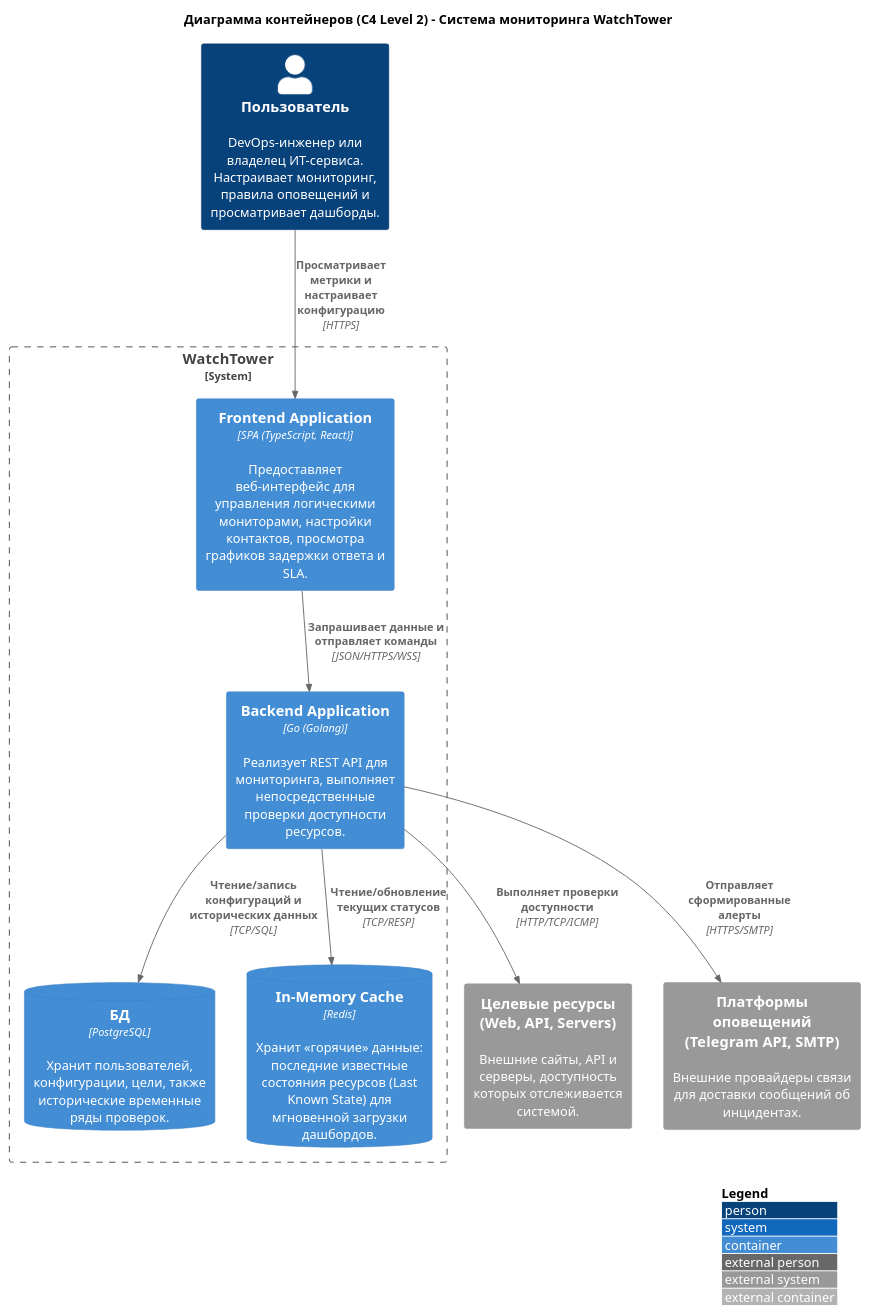
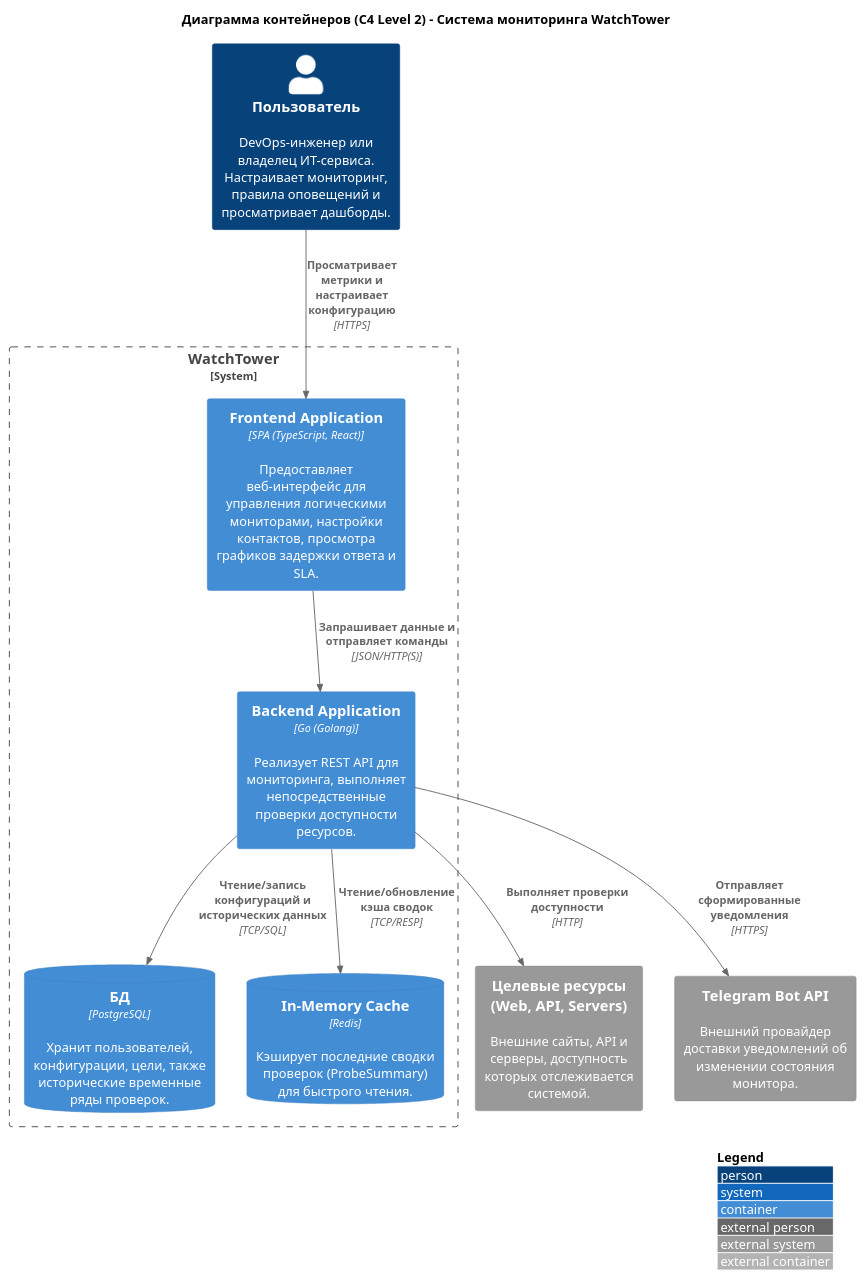
The diagram in docs/puml/c4/l2.puml (mkholkin/WatchTower), drawn with PlantUML before and after one commit. The commit also changed 4 other files, not shown here.

Commit message:
docs: align WebLab 1 diagrams with implementation

```diff
--- a/docs/puml/c4/l2.puml
+++ b/docs/puml/c4/l2.puml
@@ -1,45 +1,45 @@
 @startuml
 !include https://raw.githubusercontent.com/plantuml-stdlib/C4-PlantUML/master/C4_Container.puml
 LAYOUT_WITH_LEGEND()
 
 title Диаграмма контейнеров (C4 Level 2) - Система мониторинга WatchTower
 
 ' === Акторы ===
 Person(user, "Пользователь", "DevOps-инженер или владелец ИТ-сервиса. Настраивает мониторинг, правила оповещений и просматривает дашборды.")
 
 ' === Границы нашей системы (WatchTower) ===
 System_Boundary(watchtower, "WatchTower") {
 
     Container(spa, "Frontend Application", "SPA (TypeScript, React)", "Предоставляет веб-интерфейс для управления логическими мониторами, настройки контактов, просмотра графиков задержки ответа и SLA.")
 
     Container(backend, "Backend Application", "Go (Golang)", "Реализует REST API для мониторинга, выполняет непосредственные проверки доступности ресурсов.")
 
     ContainerDb(db, "БД", "PostgreSQL", "Хранит пользователей, конфигурации, цели, также исторические временные ряды проверок.")
 
-    ContainerDb(redis, "In-Memory Cache", "Redis", "Хранит «горячие» данные: последние известные состояния ресурсов (Last Known State) для мгновенной загрузки дашбордов.")
+    ContainerDb(redis, "In-Memory Cache", "Redis", "Кэширует последние сводки проверок (ProbeSummary) для быстрого чтения.")
 }
 
 System_Ext(target_systems, "Целевые ресурсы\n(Web, API, Servers)", "Внешние сайты, API и серверы, доступность которых отслеживается системой.")
-System_Ext(notification_apis, "Платформы оповещений\n(Telegram API, SMTP)", "Внешние провайдеры связи для доставки сообщений об инцидентах.")
+System_Ext(notification_apis, "Telegram Bot API", "Внешний провайдер доставки уведомлений об изменении состояния монитора.")
 
 
 ' === Взаимодействия (Связи) ===
 
 ' Пользователь -> Frontend
 Rel(user, spa, "Просматривает метрики и настраивает конфигурацию", "HTTPS")
 
 ' Frontend -> Backend
-Rel(spa, backend, "Запрашивает данные и отправляет команды", "JSON/HTTPS/WSS")
+Rel(spa, backend, "Запрашивает данные и отправляет команды", "JSON/HTTP(S)")
 
 ' Backend <-> Базы Данных
 Rel(backend, db, "Чтение/запись конфигураций и исторических данных", "TCP/SQL")
-Rel(backend, redis, "Чтение/обновление текущих статусов", "TCP/RESP")
+Rel(backend, redis, "Чтение/обновление кэша сводок", "TCP/RESP")
 
 ' Backend -> Внешние системы
-Rel(backend, target_systems, "Выполняет проверки доступности", "HTTP/TCP/ICMP")
-Rel(backend, notification_apis, "Отправляет сформированные алерты", "HTTPS/SMTP")
+Rel(backend, target_systems, "Выполняет проверки доступности", "HTTP")
+Rel(backend, notification_apis, "Отправляет сформированные уведомления", "HTTPS")
 
 ' Внешние системы -> Пользователь
 'Rel(notification_apis, user, "Доставляет уведомления")
 
 @enduml
```
